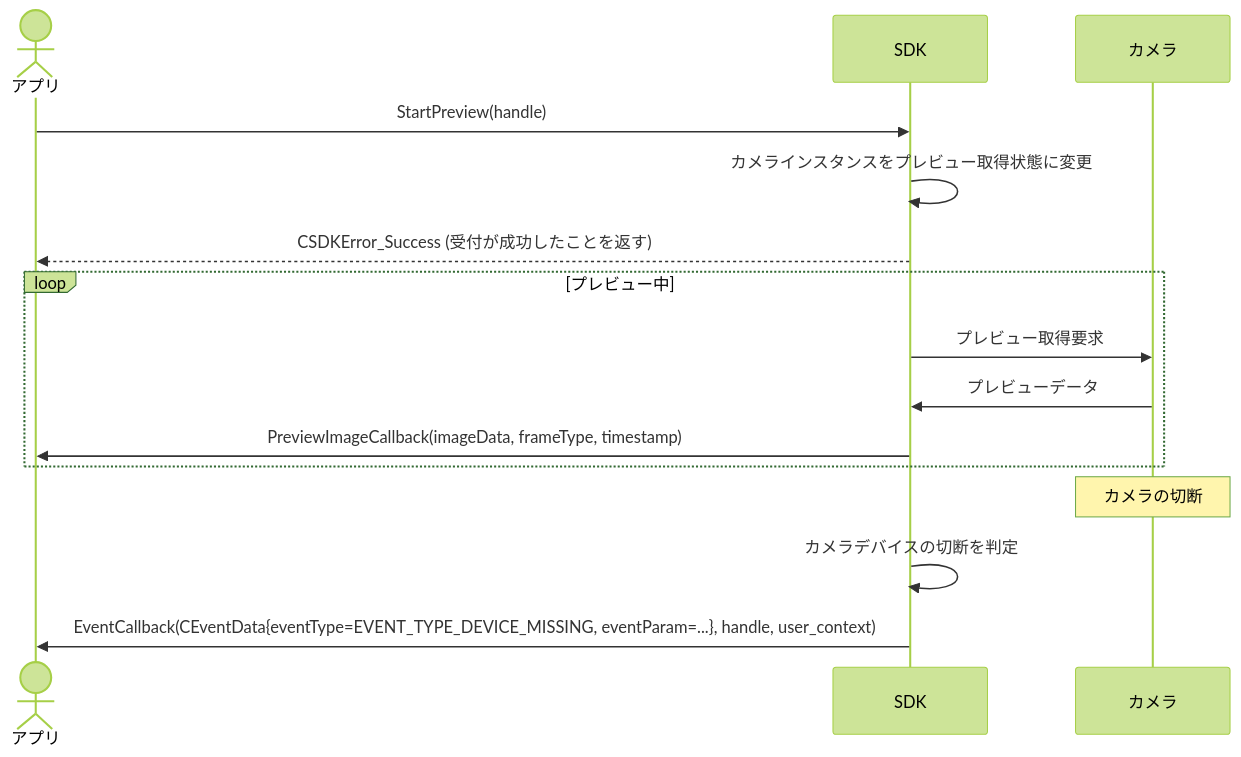
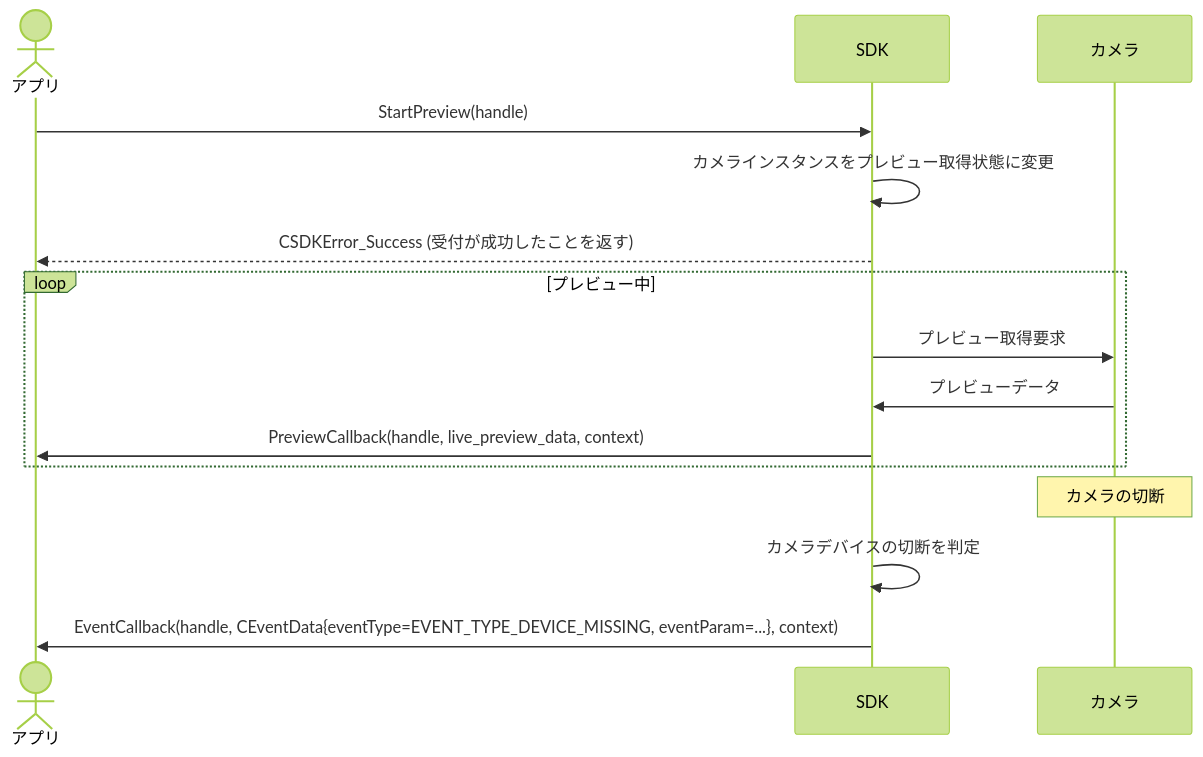
The third of 4 diagrams in docs/my_design/session3_draft.md (BH-mk2/portfolio_base_design), drawn with Mermaid (forest theme) before and after one commit. The commit also changed other lines of this file and 1 other file, not shown here.

````diff
--- a/docs/my_design/session3_draft.md
+++ b/docs/my_design/session3_draft.md
@@ -54,17 +54,17 @@
 ```mermaid
 sequenceDiagram
   actor App as アプリ
   participant SDK as SDK
   participant Cam as カメラ
   App->>SDK: StartPreview(handle)
   SDK->>SDK: カメラインスタンスをプレビュー取得状態に変更
   SDK-->>App: CSDKError_Success (受付が成功したことを返す)
   loop プレビュー中
     SDK->>Cam: プレビュー取得要求
     Cam->>SDK: プレビューデータ
-    SDK->>App: PreviewImageCallback(imageData, frameType, timestamp)
+    SDK->>App: PreviewCallback(handle, live_preview_data, context)
   end
   Note over Cam: カメラの切断
   SDK->>SDK: カメラデバイスの切断を判定
-  SDK->>App: EventCallback(CEventData{eventType=EVENT_TYPE_DEVICE_MISSING, eventParam=...}, handle, user_context)
+  SDK->>App: EventCallback(handle, CEventData{eventType=EVENT_TYPE_DEVICE_MISSING, eventParam=...}, context)
 ```
````
